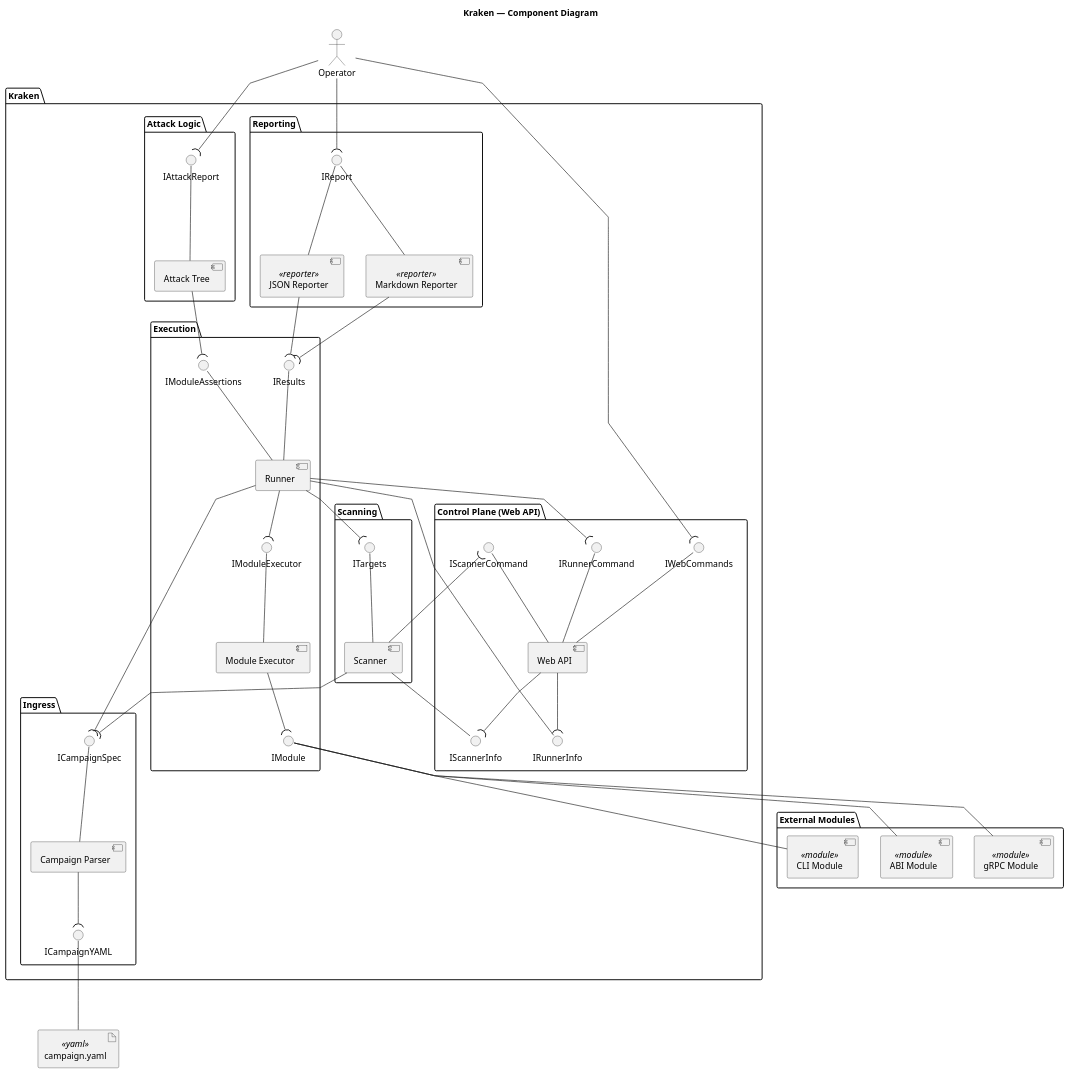
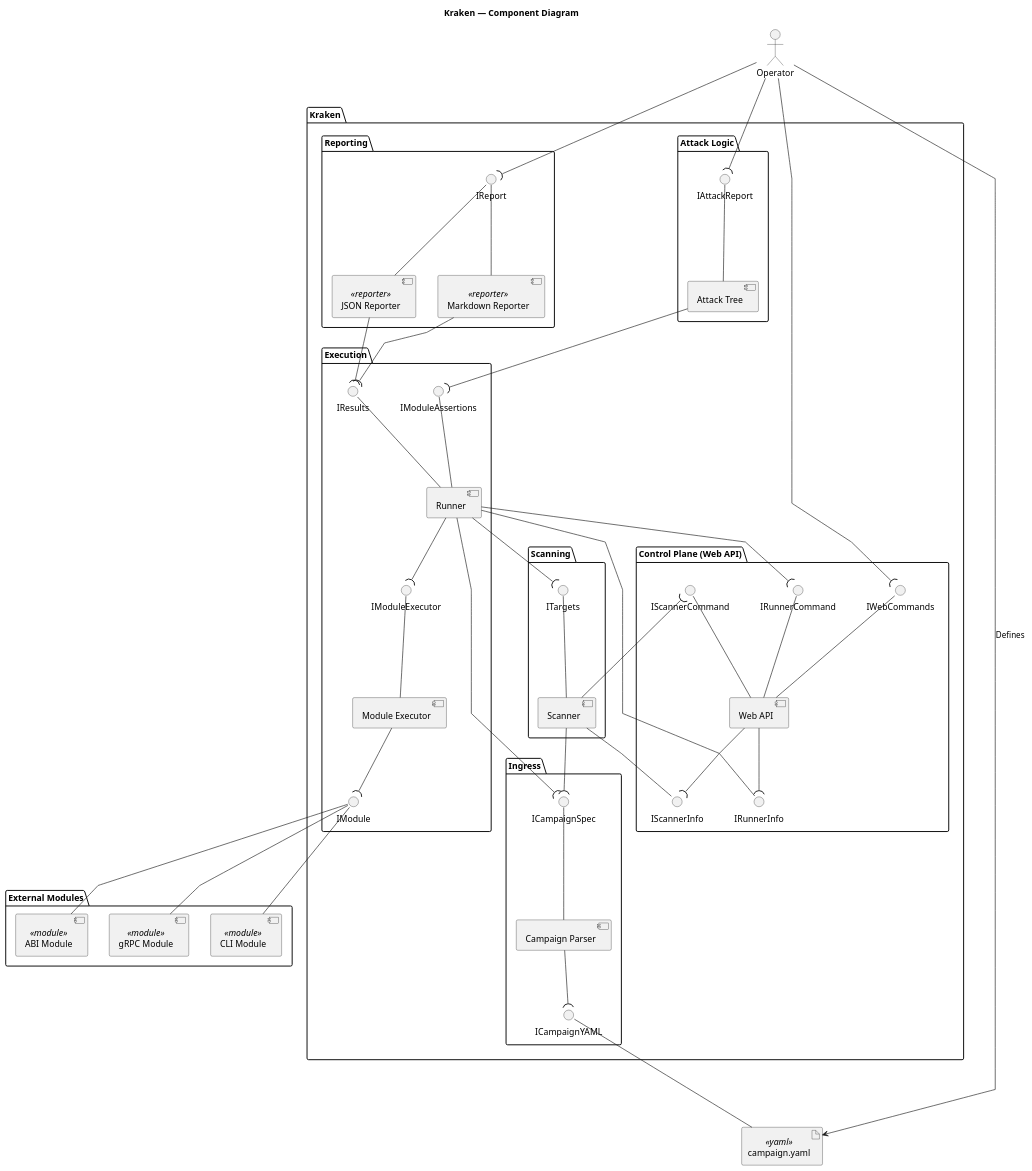
The diagram in docs/kraken/component.puml (bytemomo/nautilus), drawn with PlantUML before and after one commit. The commit also changed 1 other file, not shown here.

Commit message:
fix: add label into plantuml kraken architecture

```diff
--- a/docs/kraken/component.puml
+++ b/docs/kraken/component.puml
@@ -1,104 +1,104 @@
 @startuml
 '!theme toy
 
 title Kraken — Component Diagram 
 '!pragma layout elk
 
 ' left to right direction
 ' skinparam componentStyle rectangle
 skinparam linetype polyline
 ' skinparam shadowing false
 ' skinparam wrapWidth 240
 ' skinparam nodesep 40
 ' skinparam ranksep 35
 ' skinparam packageStyle rectangle
 
 actor "Operator" as ACT
 artifact "campaign.yaml" as YAML <<yaml>>
 
 package "Kraken" as K {
 
   package "Ingress" as L1 {
     [Campaign Parser] as PARSE
     () "ICampaignYAML" as ICampaignYAML
     () "ICampaignSpec" as ICampaignSpec
   }
 
   package "Scanning" as L2 {
     [Scanner] as SCN
     () "ITargets" as ITargets
   }
 
   package "Execution" as L3 {
     [Runner] as RUN
     [Module Executor] as EXEC
     () "IModuleExecutor" as IModuleExecutor
     () "IModule" as IModule
     () "IResults" as IResults
     () "IModuleAssertions" as IModuleAssertions
   }
 
   package "Reporting" as L4 {
     [JSON Reporter] as REP_JSON <<reporter>>
     [Markdown Reporter] as REP_MD <<reporter>>
     () "IReport" as IReport
   }
 
   package "Attack Logic" as L5 {
     [Attack Tree] as ATK
     () "IAttackReport" as IAttackReport
   }
 
   package "Control Plane (Web API)" as L6 {
     [Web API] as WEB
     () "IWebCommands" as IWebCommands
     () "IScannerCommand" as IScannerCmd
     () "IRunnerCommand" as IRunnerCmd
     () "IScannerInfo" as IScannerInfo
     () "IRunnerInfo" as IRunnerInfo
   }
 }
 
 package "External Modules" as EXT {
   [ABI Module]  as MOD_ABI  <<module>>
   [gRPC Module] as MOD_GPR  <<module>>
   [CLI Module]  as MOD_CLI  <<module>>
 }
 
-
+ACT               --> YAML: Defines
 ICampaignYAML     --- YAML
 ICampaignSpec     --- PARSE
 ITargets          --- SCN
 IModuleExecutor   --- EXEC
 IModule           --- MOD_ABI
 IModule           --- MOD_GPR
 IModule           --- MOD_CLI
 IResults          --- RUN
 IModuleAssertions --- RUN
 IReport           --- REP_JSON
 IReport           --- REP_MD
 IAttackReport     --- ATK
 IWebCommands      --- WEB
 IScannerCmd       --- WEB
 IRunnerCmd        --- WEB
 IScannerInfo      --- SCN
 IRunnerInfo       --- RUN
 
 PARSE  --( ICampaignYAML
 SCN    --( ICampaignSpec
 RUN    --( ICampaignSpec
 RUN    --( ITargets
 RUN    --( IModuleExecutor
 EXEC   --( IModule
 REP_JSON --( IResults
 REP_MD   --( IResults
 ATK    --( IModuleAssertions
 ACT    --( IReport
 ACT    --( IAttackReport
 ACT    --( IWebCommands
 SCN    --( IScannerCmd
 RUN    --( IRunnerCmd
 WEB    --( IScannerInfo
 WEB    --( IRunnerInfo
 
 @enduml
```
